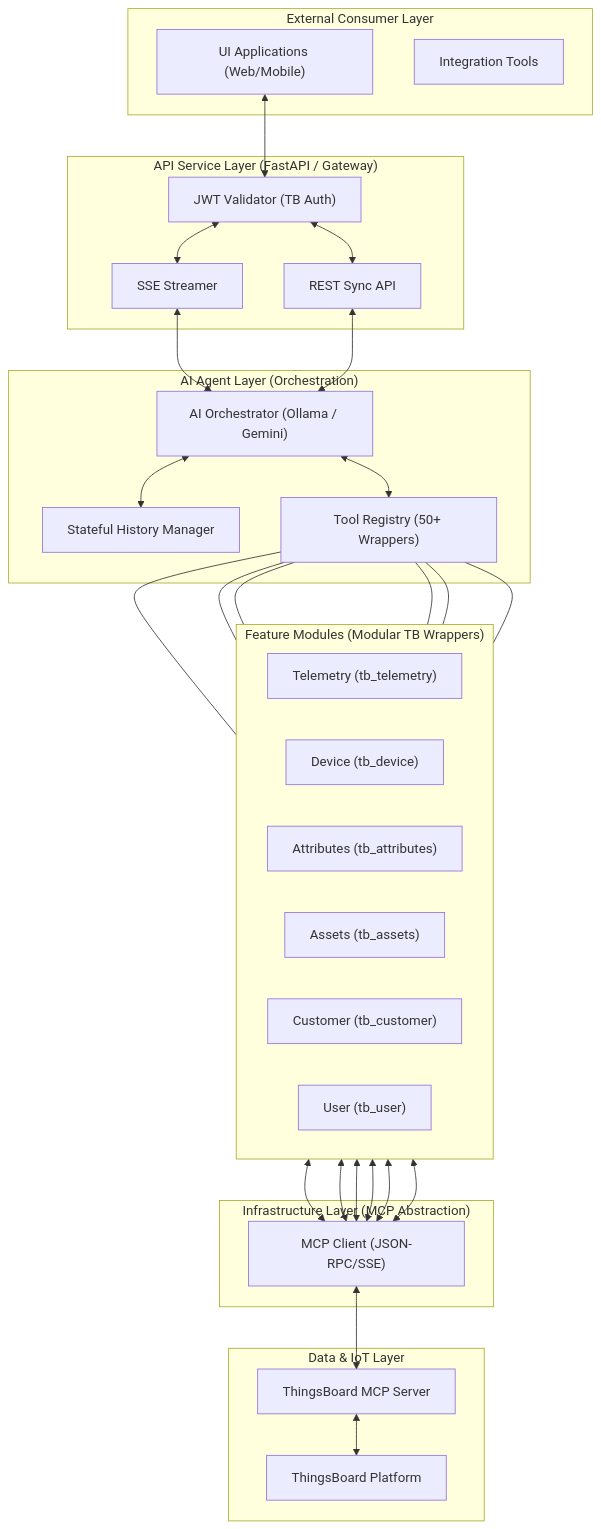
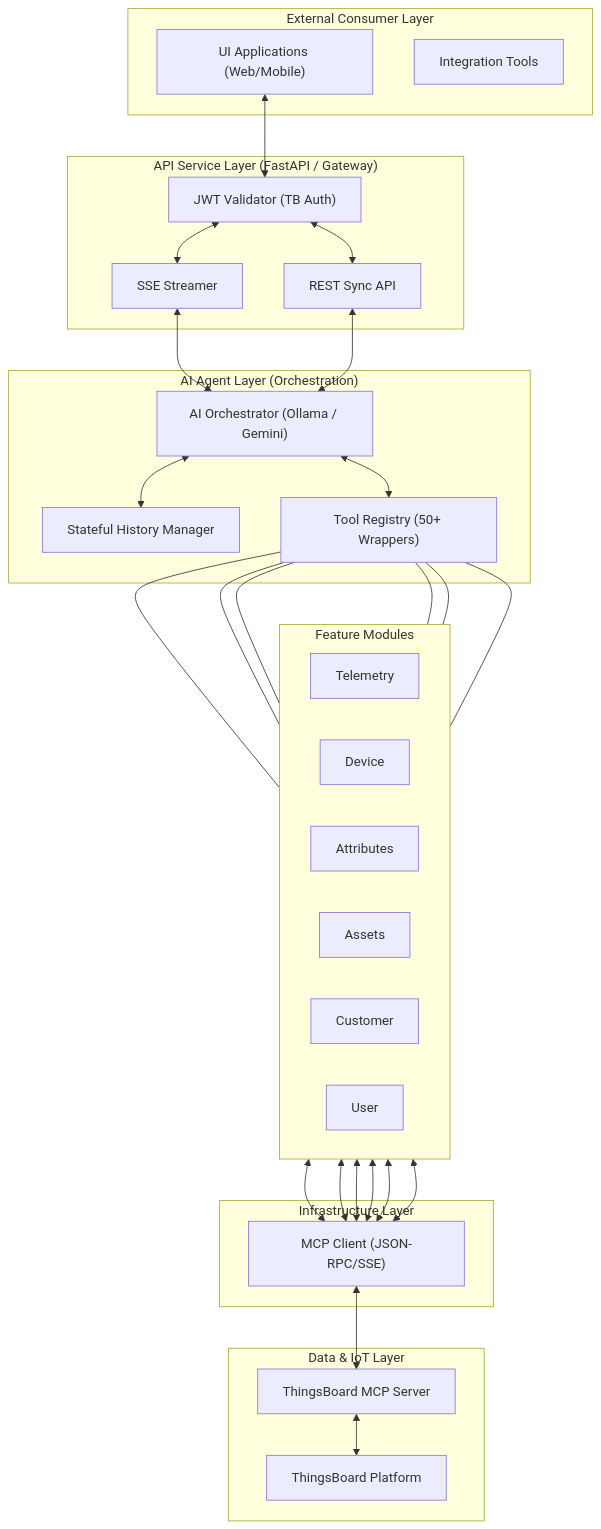
One commit to Poojashri0301/ollama-thingsboard-agent changed the second of 4 diagrams in README.md. Above: the diagram before and after it, drawn with Mermaid. The commit also changed other lines of this file and 1 other file, not shown here.

Commit message:
Final enterprise updates and telemetry time parsing enhancement

````diff
--- a/README.md
+++ b/README.md
@@ -17,57 +58,57 @@
 ```mermaid
 graph TB
     subgraph "External Consumer Layer"
         UI["UI Applications (Web/Mobile)"]
         Postman["Integration Tools"]
     end
 
     subgraph "API Service Layer (FastAPI / Gateway)"
         Auth["JWT Validator (TB Auth)"]
         SSE["SSE Streamer"]
         SyncAPI["REST Sync API"]
     end
 
     subgraph "AI Agent Layer (Orchestration)"
         Agent["AI Orchestrator (Ollama / Gemini)"]
         History["Stateful History Manager"]
         ToolRegistry["Tool Registry (50+ Wrappers)"]
     end
 
-    subgraph "Feature Modules (Modular TB Wrappers)"
+    subgraph "Feature Modules"
         direction LR
-        TM["Telemetry (tb_telemetry)"]
-        DV["Device (tb_device)"]
-        AT["Attributes (tb_attributes)"]
-        AS["Assets (tb_assets)"]
-        CU["Customer (tb_customer)"]
-        US["User (tb_user)"]
+        TM["Telemetry"]
+        DV["Device"]
+        AT["Attributes"]
+        AS["Assets"]
+        CU["Customer"]
+        US["User"]
     end
 
-    subgraph "Infrastructure Layer (MCP Abstraction)"
+    subgraph "Infrastructure Layer"
         MCP_Client["MCP Client (JSON-RPC/SSE)"]
     end
 
     subgraph "Data & IoT Layer"
         MCP_Server["ThingsBoard MCP Server"]
         TB_Platform["ThingsBoard Platform"]
     end
 
     UI <--> Auth
     Auth <--> SSE
     Auth <--> SyncAPI
     SSE <--> Agent
     SyncAPI <--> Agent
     Agent <--> ToolRegistry
     Agent <--> History
     
     ToolRegistry --- TM
     ToolRegistry --- DV
     ToolRegistry --- AT
     ToolRegistry --- AS
     ToolRegistry --- CU
     ToolRegistry --- US
 
     TM & DV & AT & AS & CU & US <--> MCP_Client
     MCP_Client <--> MCP_Server
     MCP_Server <--> TB_Platform
 ```
````
